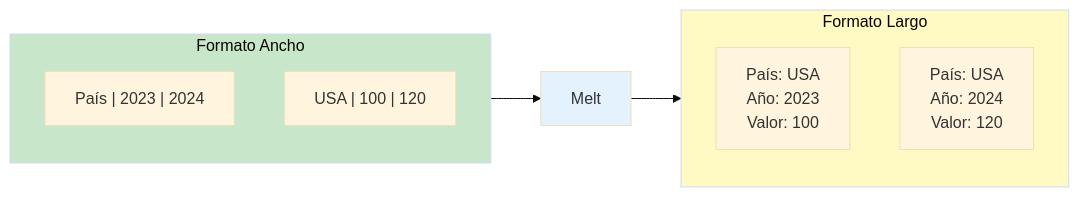
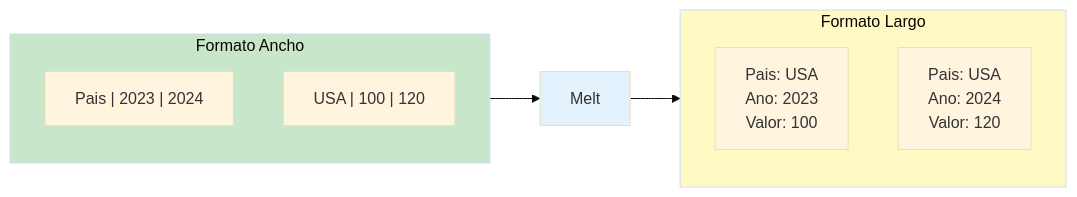
Before and after one commit to nanlabs/nan-data-engineering-labs: diagram 13 of 23 in modules/module-04-python-for-data/assets/diagrams/pandas-operations.md, drawn with Mermaid (base theme). The commit also changed other lines of this file and 23 other files, not shown here.

````diff
--- a/modules/module-04-python-for-data/assets/diagrams/pandas-operations.md
+++ b/modules/module-04-python-for-data/assets/diagrams/pandas-operations.md
@@ -311,19 +311,19 @@
 ```mermaid
 flowchart LR
     subgraph WIDE2[" Formato Ancho"]
-        C1["País | 2023 | 2024"]
+        C1["Pais | 2023 | 2024"]
         C2["USA  | 100  | 120"]
     end
     
     WIDE2 --> M[Melt]
     M --> LONG2
     
     subgraph LONG2[" Formato Largo"]
-        D1[País: USA<br/>Año: 2023<br/>Valor: 100]
-        D2[País: USA<br/>Año: 2024<br/>Valor: 120]
+        D1[Pais: USA<br/>Ano: 2023<br/>Valor: 100]
+        D2[Pais: USA<br/>Ano: 2024<br/>Valor: 120]
     end
     
     style WIDE2 fill:#c8e6c9
     style M fill:#e3f2fd
     style LONG2 fill:#fff9c4
 ```
````
